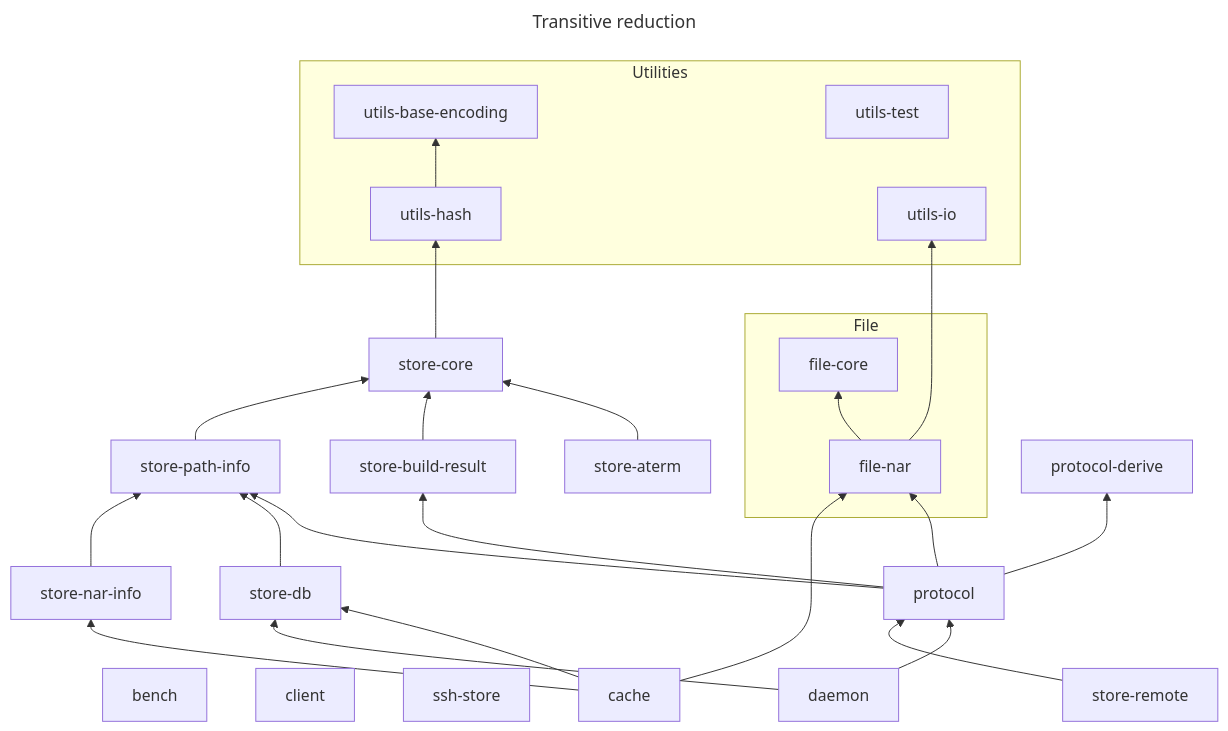
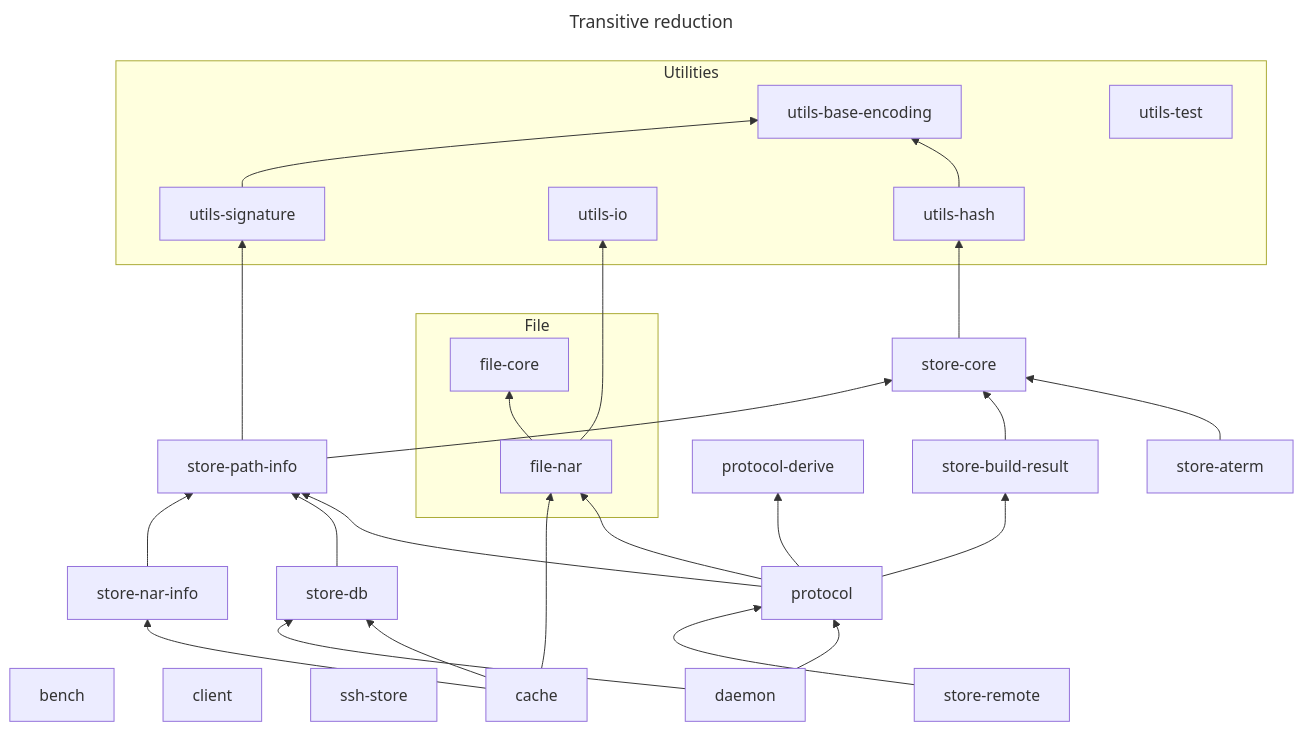
One commit to nix-community/harmonia changed the second of 2 diagrams in docs/architecture/harmonia-store-structure.md. Above: the diagram before and after it, drawn with Mermaid. The commit also changed other lines of this file and 29 other files, not shown here.

First line of the commit message:
Extract `harmonia-utils-signature` crate from `harmonia-store-core`

````diff
--- a/docs/architecture/harmonia-store-structure.md
+++ b/docs/architecture/harmonia-store-structure.md
@@ -135,38 +145,41 @@
 ```mermaid
 ---
 title: Transitive reduction
 ---
 graph BT
     subgraph Utilities
         utils-base-encoding
         utils-hash
         utils-io
+        utils-signature
         utils-test
     end
     subgraph File
         file-core
         file-nar
     end
     bench
     client
     ssh-store
     file-nar --> file-core
     file-nar --> utils-io
     utils-hash --> utils-base-encoding
+    utils-signature --> utils-base-encoding
     store-core --> utils-hash
     store-aterm --> store-core
     store-build-result --> store-core
     store-path-info --> store-core
+    store-path-info --> utils-signature
     protocol --> file-nar
     protocol --> protocol-derive
     protocol --> store-build-result
     protocol --> store-path-info
     store-db --> store-path-info
     store-nar-info --> store-path-info
     cache --> file-nar
     cache --> store-db
     cache --> store-nar-info
     daemon --> protocol
     daemon --> store-db
     store-remote --> protocol
 ```
````
